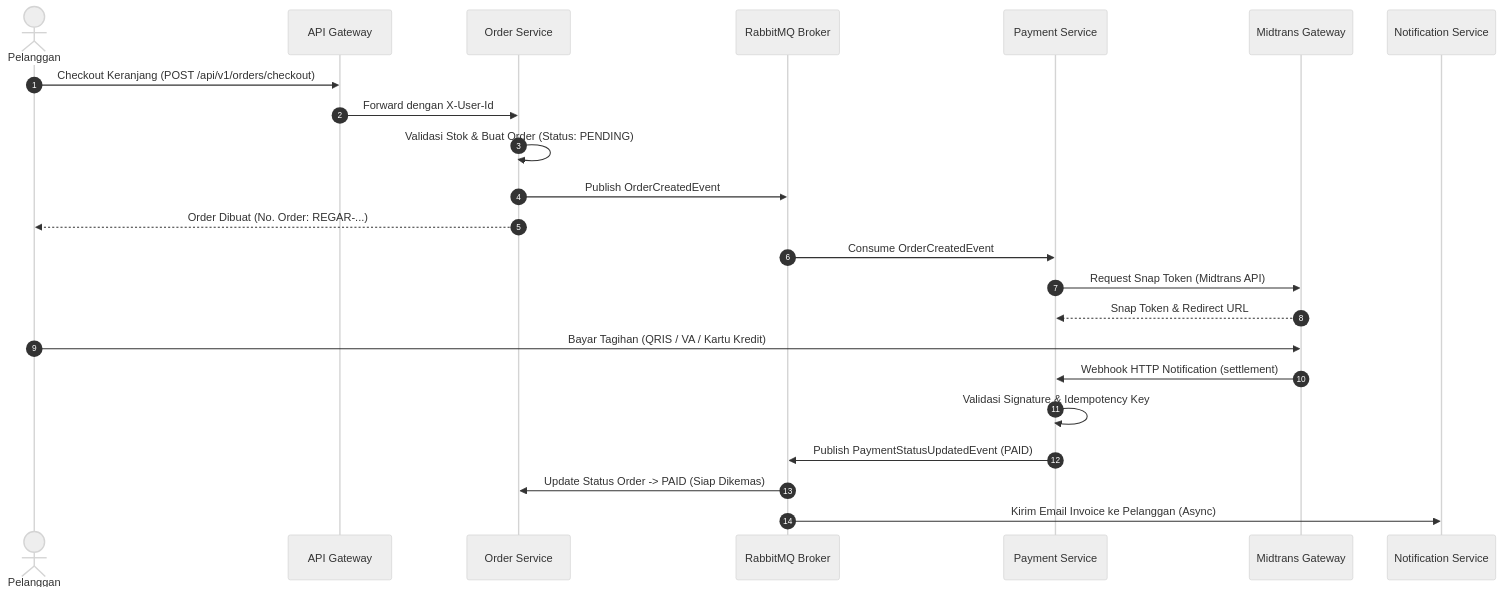
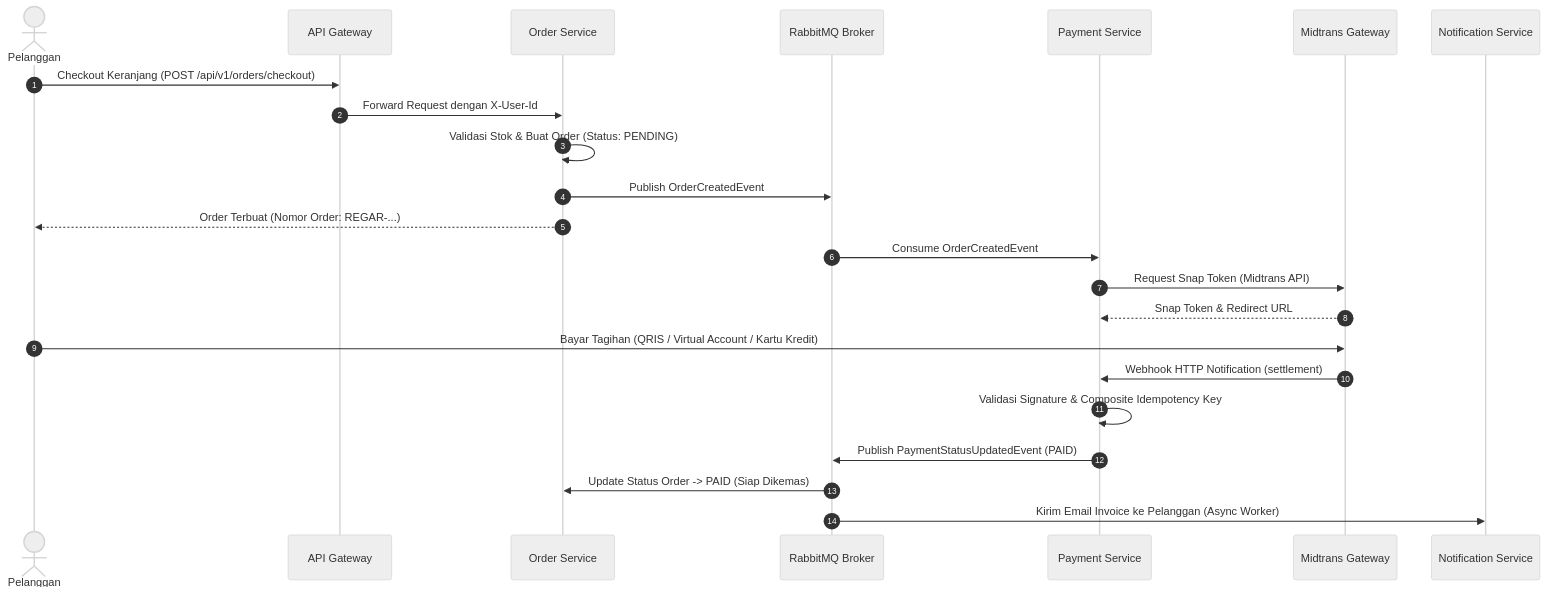
Before and after one commit to DujanahSr/regarsport-ecommerce: the second of 3 diagrams in README.md, drawn with Mermaid (neutral theme). The commit also changed other lines of this file and 9 other files, not shown here.

````diff
--- a/README.md
+++ b/README.md
@@ -102,29 +104,29 @@
 ```mermaid
 sequenceDiagram
     autonumber
     actor C as Pelanggan
     participant GW as API Gateway
     participant OS as Order Service
     participant MQ as RabbitMQ Broker
     participant PS as Payment Service
     participant MT as Midtrans Gateway
     participant NS as Notification Service
 
     C->>GW: Checkout Keranjang (POST /api/v1/orders/checkout)
-    GW->>OS: Forward dengan X-User-Id
+    GW->>OS: Forward Request dengan X-User-Id
     OS->>OS: Validasi Stok & Buat Order (Status: PENDING)
     OS->>MQ: Publish OrderCreatedEvent
-    OS-->>C: Order Dibuat (No. Order: REGAR-...)
+    OS-->>C: Order Terbuat (Nomor Order: REGAR-...)
     
     MQ->>PS: Consume OrderCreatedEvent
     PS->>MT: Request Snap Token (Midtrans API)
     MT-->>PS: Snap Token & Redirect URL
     
-    C->>MT: Bayar Tagihan (QRIS / VA / Kartu Kredit)
+    C->>MT: Bayar Tagihan (QRIS / Virtual Account / Kartu Kredit)
     MT->>PS: Webhook HTTP Notification (settlement)
-    PS->>PS: Validasi Signature & Idempotency Key
+    PS->>PS: Validasi Signature & Composite Idempotency Key
     PS->>MQ: Publish PaymentStatusUpdatedEvent (PAID)
     
     MQ->>OS: Update Status Order -> PAID (Siap Dikemas)
-    MQ->>NS: Kirim Email Invoice ke Pelanggan (Async)
+    MQ->>NS: Kirim Email Invoice ke Pelanggan (Async Worker)
 ```
````
